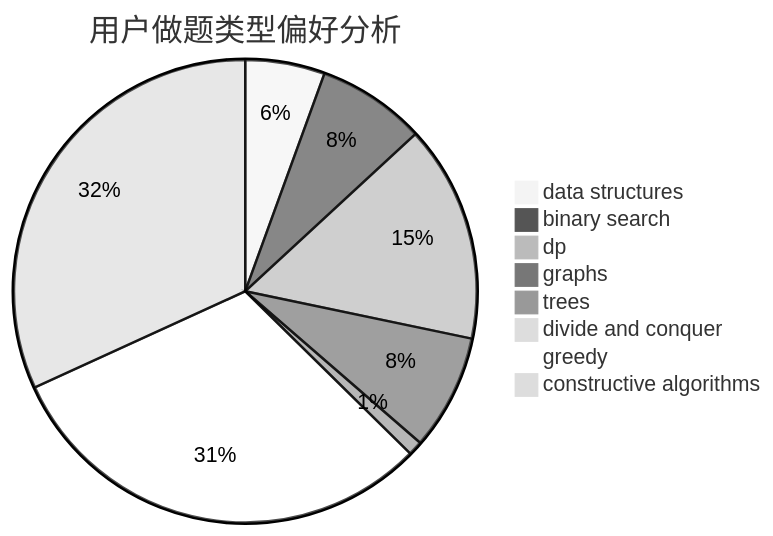
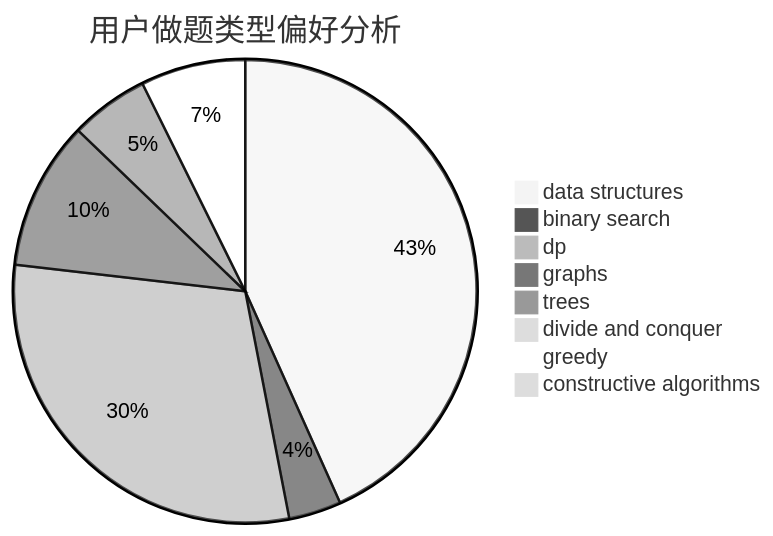
The second of 3 diagrams in docs/user/u231.md (sherpahu/cfrs.github.io), drawn with Mermaid (neutral theme) before and after one commit. The commit also changed other lines of this file and 2770 other files, not shown here.

````diff
--- a/docs/user/u231.md
+++ b/docs/user/u231.md
@@ -23,11 +23,11 @@
 ```mermaid
 pie title 用户做题类型偏好分析
-    "data structures" :  11
-    "binary search" :  15
-    "dp" :  30
-    "graphs" :  16
-    "trees" :  2
+    "data structures" :  71
+    "binary search" :  6
+    "dp" :  49
+    "graphs" :  17
+    "trees" :  9
     "divide and conquer" :  0
-    "greedy" :  61
-    "constructive algorithms" :  63
+    "greedy" :  12
+    "constructive algorithms" :  1
 ```
````
